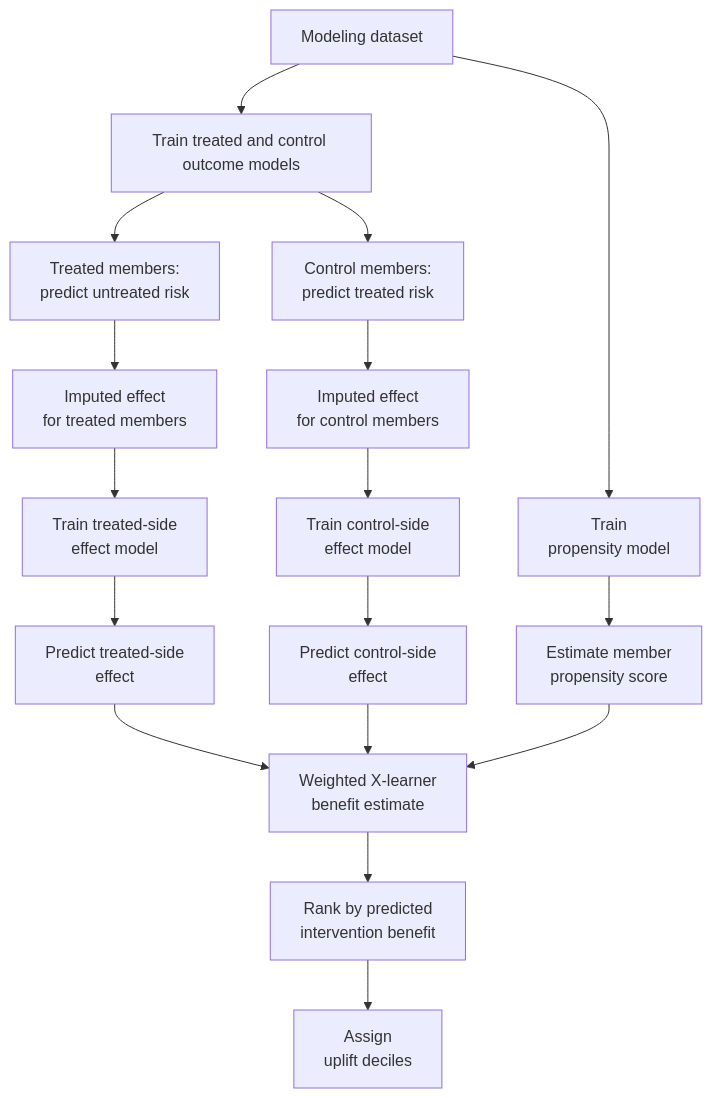
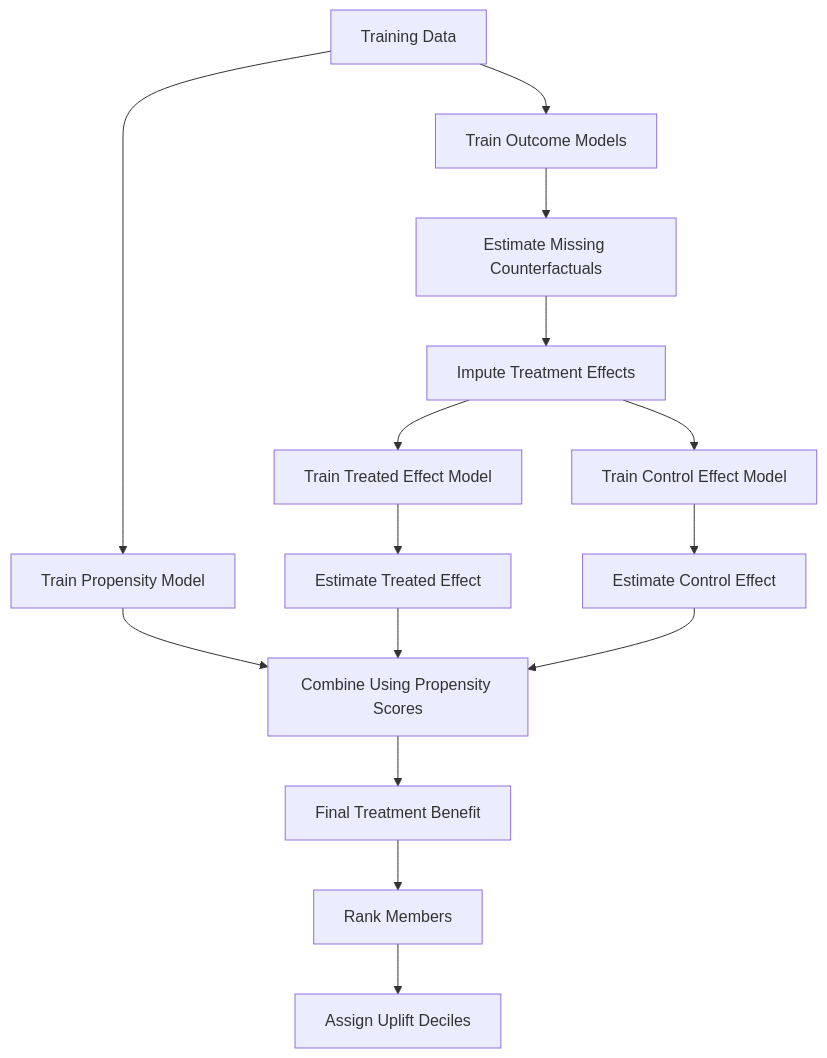
The third of 3 diagrams in PRISM_Intervention_Benefit_Modeling_README.md (ndesai777777/prism_repo), drawn with Mermaid before and after one commit. The commit also changed other lines of this file, not shown here.

````diff
--- a/PRISM_Intervention_Benefit_Modeling_README.md
+++ b/PRISM_Intervention_Benefit_Modeling_README.md
@@ -115,19 +121,25 @@
 ```mermaid
 flowchart TD
-    A["Modeling dataset"] --> B["Train treated and control outcome models"]
-    B --> C["Treated members:<br/>predict untreated risk"]
-    B --> D["Control members:<br/>predict treated risk"]
-    C --> E["Imputed effect<br/>for treated members"]
-    D --> F["Imputed effect<br/>for control members"]
-    E --> G["Train treated-side<br/>effect model"]
-    F --> H["Train control-side<br/>effect model"]
-    A --> I["Train<br/>propensity model"]
-    G --> J["Predict treated-side<br/>effect"]
-    H --> K["Predict control-side<br/>effect"]
-    I --> L["Estimate member<br/>propensity score"]
-    J --> M["Weighted X-learner<br/>benefit estimate"]
-    K --> M
-    L --> M
-    M --> N["Rank by predicted<br/>intervention benefit"]
-    N --> O["Assign<br/>uplift deciles"]
+    A["Training Data"] --> B["Train Outcome Models"]
+
+    B --> C["Estimate Missing Counterfactuals"]
+
+    C --> D["Impute Treatment Effects"]
+
+    D --> E["Train Treated Effect Model"]
+    D --> F["Train Control Effect Model"]
+
+    A --> G["Train Propensity Model"]
+
+    E --> H["Estimate Treated Effect"]
+    F --> I["Estimate Control Effect"]
+
+    G --> J["Combine Using Propensity Scores"]
+
+    H --> J
+    I --> J
+
+    J --> K["Final Treatment Benefit"]
+    K --> L["Rank Members"]
+    L --> M["Assign Uplift Deciles"]
 ```
````
